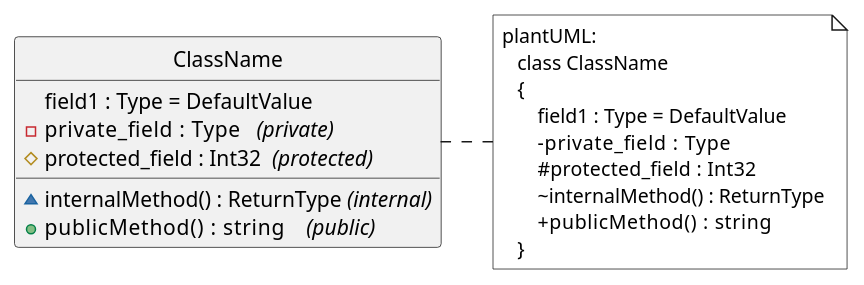
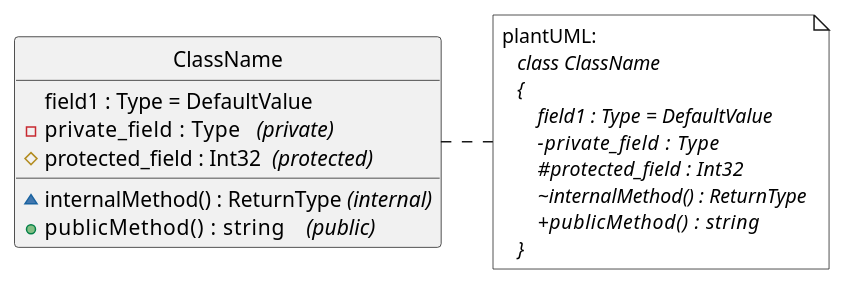
Before and after one commit to chraxo/UmlMarkdownCheatSheet: the sixth of 31 diagrams in uml_markdown_summary.md, drawn with PlantUML. The commit also changed other lines of this file, not shown here.

Commit message:
Cleanup UML summary

```diff
--- a/uml_markdown_summary.md
+++ b/uml_markdown_summary.md
@@ -386,41 +386,41 @@
 @startuml
     skinparam noteFontName Consolas
     skinparam legendFontName Consolas
     skinparam noteBackgroundColor white
     skinparam legendBackgroundColor white
     skinparam legendBorderColor white
     'skinparam DiagramBorderColor black
     'skinparam DiagramBorderThickness 2
     skinparam style strictuml
     'skinparam monochrome true
 
     skinparam classFontName Consolas    
     skinparam classAttributeFontName Consolas
     'hide empty members
     'left to right direction
 
     class ClassName
     {
         ' {field} is used to explicitely mark a field, that contains () braces,
         ' so that it is not interpreted as a method.
 
         field1 : Type = DefaultValue
         {field} -private_field   : Type   //(private)//
         {field} #protected_field : Int32  //(protected)//
         ~internalMethod() : ReturnType //(internal)//
         +publicMethod()    : string    //(public)//
     }
 
     note right
         plantUML:
-           class ClassName
-           {
-               field1 : Type = DefaultValue
-               -private_field    : Type
-               #protected_field  : Int32
-               ~internalMethod() : ReturnType
-               +publicMethod()    : string
-           }
+           //class ClassName//
+           //{//
+               //field1 : Type = DefaultValue//
+               //-private_field    : Type//
+               //#protected_field  : Int32//
+               //~internalMethod() : ReturnType//
+               //+publicMethod()    : string//
+           //}//
     end note
 
 @enduml
```
